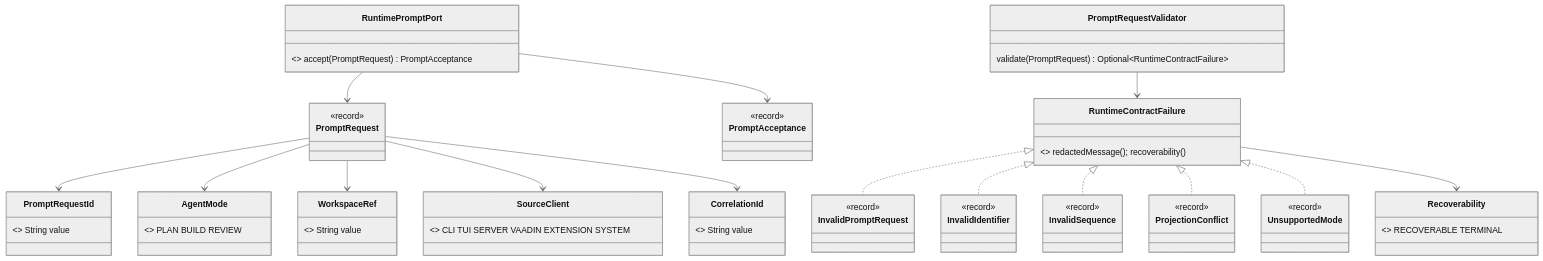
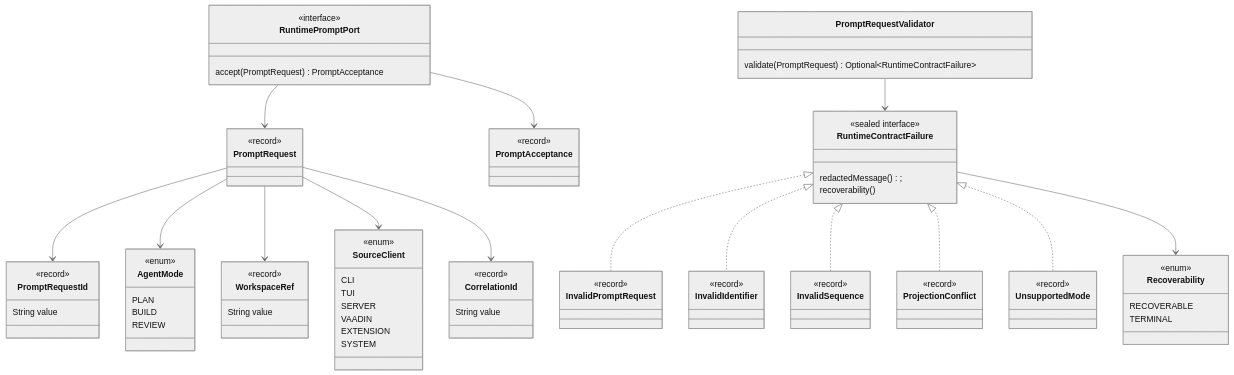
The second of 5 diagrams in docs/developer/implementation/runtime-session-event-core-implementation.md (codegeist-ai/codegeist), drawn with Mermaid (neutral theme) before and after one commit. The commit also changed other lines of this file and 17 other files, not shown here.

First line of the commit message:
docs(diagrams): format Mermaid class bodies

````diff
--- a/docs/developer/implementation/runtime-session-event-core-implementation.md
+++ b/docs/developer/implementation/runtime-session-event-core-implementation.md
@@ -125,21 +125,70 @@
 ```mermaid
 classDiagram
-    class PromptRequestId { <<record>> String value }
-    class CorrelationId { <<record>> String value }
-    class WorkspaceRef { <<record>> String value }
-    class AgentMode { <<enum>> PLAN BUILD REVIEW }
-    class SourceClient { <<enum>> CLI TUI SERVER VAADIN EXTENSION SYSTEM }
-    class Recoverability { <<enum>> RECOVERABLE TERMINAL }
-    class PromptRequest { <<record>> }
-    class PromptAcceptance { <<record>> }
-    class RuntimePromptPort { <<interface>> accept(PromptRequest) PromptAcceptance }
-    class PromptRequestValidator { validate(PromptRequest) Optional~RuntimeContractFailure~ }
-    class RuntimeContractFailure { <<sealed interface>> redactedMessage(); recoverability() }
-    class InvalidPromptRequest { <<record>> }
-    class InvalidIdentifier { <<record>> }
-    class InvalidSequence { <<record>> }
-    class ProjectionConflict { <<record>> }
-    class UnsupportedMode { <<record>> }
+    class PromptRequestId {
+      <<record>>
+      String value
+    }
+    class CorrelationId {
+      <<record>>
+      String value
+    }
+    class WorkspaceRef {
+      <<record>>
+      String value
+    }
+    class AgentMode {
+      <<enum>>
+      PLAN
+      BUILD
+      REVIEW
+    }
+    class SourceClient {
+      <<enum>>
+      CLI
+      TUI
+      SERVER
+      VAADIN
+      EXTENSION
+      SYSTEM
+    }
+    class Recoverability {
+      <<enum>>
+      RECOVERABLE
+      TERMINAL
+    }
+    class PromptRequest {
+      <<record>>
+    }
+    class PromptAcceptance {
+      <<record>>
+    }
+    class RuntimePromptPort {
+      <<interface>>
+      accept(PromptRequest) PromptAcceptance
+    }
+    class PromptRequestValidator {
+      validate(PromptRequest) Optional~RuntimeContractFailure~
+    }
+    class RuntimeContractFailure {
+      <<sealed interface>>
+      redactedMessage();
+      recoverability()
+    }
+    class InvalidPromptRequest {
+      <<record>>
+    }
+    class InvalidIdentifier {
+      <<record>>
+    }
+    class InvalidSequence {
+      <<record>>
+    }
+    class ProjectionConflict {
+      <<record>>
+    }
+    class UnsupportedMode {
+      <<record>>
+    }
 
     PromptRequest --> PromptRequestId
     PromptRequest --> AgentMode
````
